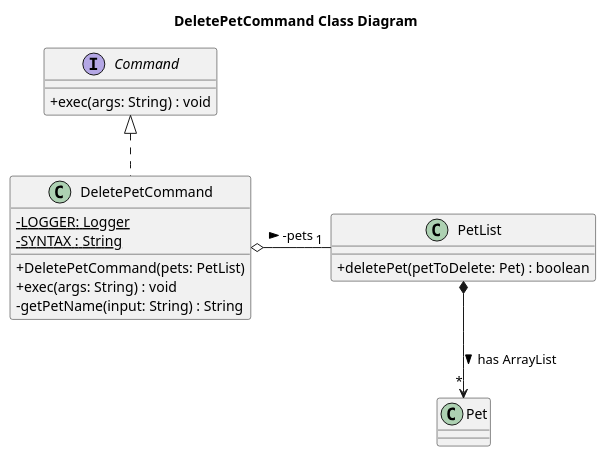
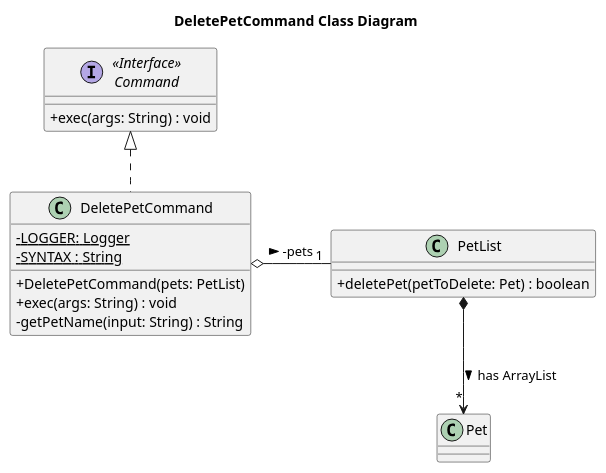
The diagram in docs/uml/DeletePetCommandClassDiagram.puml (Kevin88866/tp), drawn with PlantUML before and after one commit. The commit also changed 3 other files, not shown here.

First line of the commit message:
Update the UML Diagrams

```diff
--- a/docs/uml/DeletePetCommandClassDiagram.puml
+++ b/docs/uml/DeletePetCommandClassDiagram.puml
@@ -1,35 +1,35 @@
 @startuml
 skinparam classAttributeIconSize 0
 title DeletePetCommand Class Diagram
 
-interface Command {
+interface "<<Interface>>\nCommand" as Command {
     + exec(args: String) : void
 }
 
 class DeletePetCommand {
     - {static} LOGGER: Logger
     - {static} SYNTAX : String
     + DeletePetCommand(pets: PetList)
     + exec(args: String) : void
     - getPetName(input: String) : String
 }
 
 class PetList {
     + deletePet(petToDelete: Pet) : boolean
 }
 
 class Pet {
 
 }
 
 Command <|.. DeletePetCommand
 
 DeletePetCommand o-- "1" PetList : -pets >
 
 PetList *--> "*" Pet : has ArrayList >
 
 
 DeletePetCommand -right[hidden]- PetList
 
 
 @enduml
```
